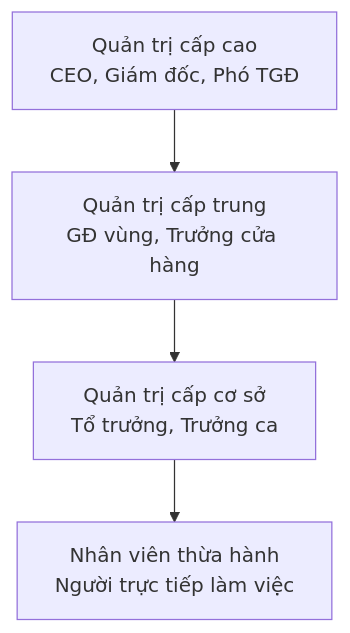
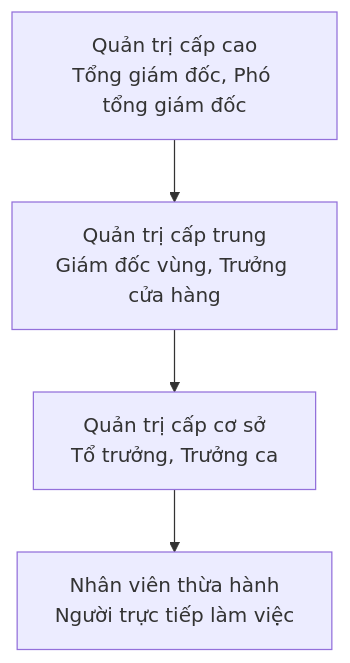
The first of 3 diagrams in content/learn/itm/bai-1.md (khanhnd2208/webofficial), drawn with Mermaid before and after one commit. The commit also changed other lines of this file and 29 other files, not shown here.

````diff
--- a/content/learn/itm/bai-1.md
+++ b/content/learn/itm/bai-1.md
@@ -59,6 +97,6 @@
 ```mermaid
 flowchart TD
-    A["Quản trị cấp cao<br/>CEO, Giám đốc, Phó TGĐ"] --> B["Quản trị cấp trung<br/>GĐ vùng, Trưởng cửa hàng"]
+    A["Quản trị cấp cao<br/>Tổng giám đốc, Phó tổng giám đốc"] --> B["Quản trị cấp trung<br/>Giám đốc vùng, Trưởng cửa hàng"]
     B --> C["Quản trị cấp cơ sở<br/>Tổ trưởng, Trưởng ca"]
     C --> D["Nhân viên thừa hành<br/>Người trực tiếp làm việc"]
 ```
````
